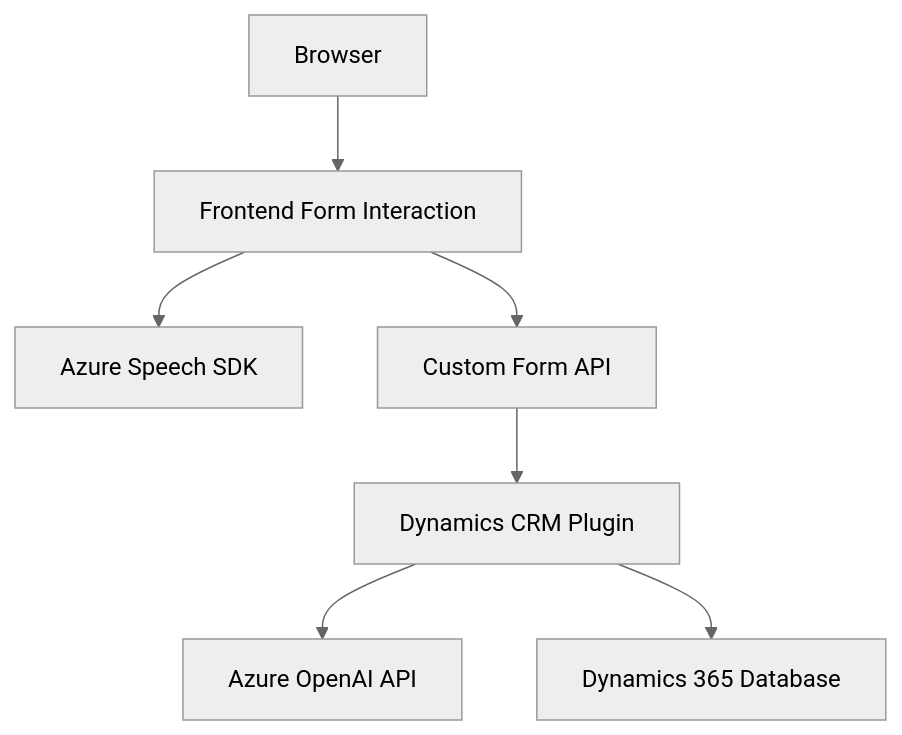
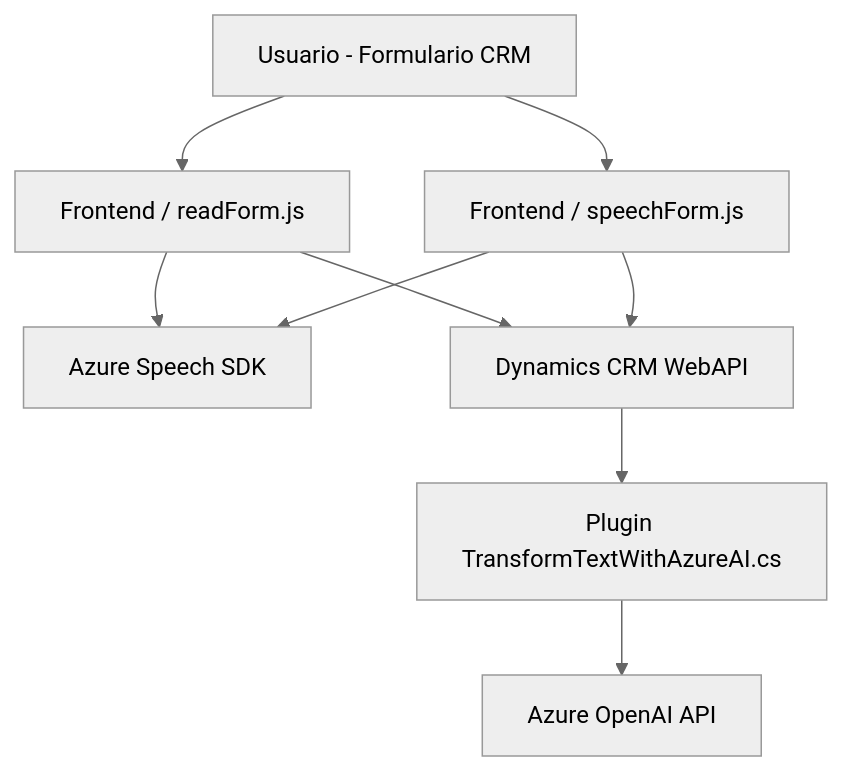
The diagram in README.md (blopezdm/NETCORE_BILBAO2025), drawn with Mermaid (neutral theme) before and after one commit. The commit also changed other lines of this file, not shown here.

````diff
--- a/README.md
+++ b/README.md
@@ -29,17 +43,19 @@
 ```mermaid
 graph TD
-    A["Frontend Form Interaction"]
-    B["Azure Speech SDK"]
-    C["Custom Form API"]
-    D["Dynamics CRM Plugin"]
-    E["Azure OpenAI API"]
-    F["Dynamics 365 Database"]
-    G["Browser"]
+  A["Usuario - Formulario CRM"]
+  B["Frontend / readForm.js"]
+  C["Frontend / speechForm.js"]
+  D["Azure Speech SDK"]
+  E["Plugin TransformTextWithAzureAI.cs"]
+  F["Dynamics CRM WebAPI"]
+  G["Azure OpenAI API"]
 
-    G --> A
-    A --> B
-    A --> C
-    C --> D
-    D --> E
-    D --> F
+  A --> B
+  A --> C
+  B --> D
+  B --> F
+  C --> D
+  C --> F
+  F --> E
+  E --> G
 ```
````
